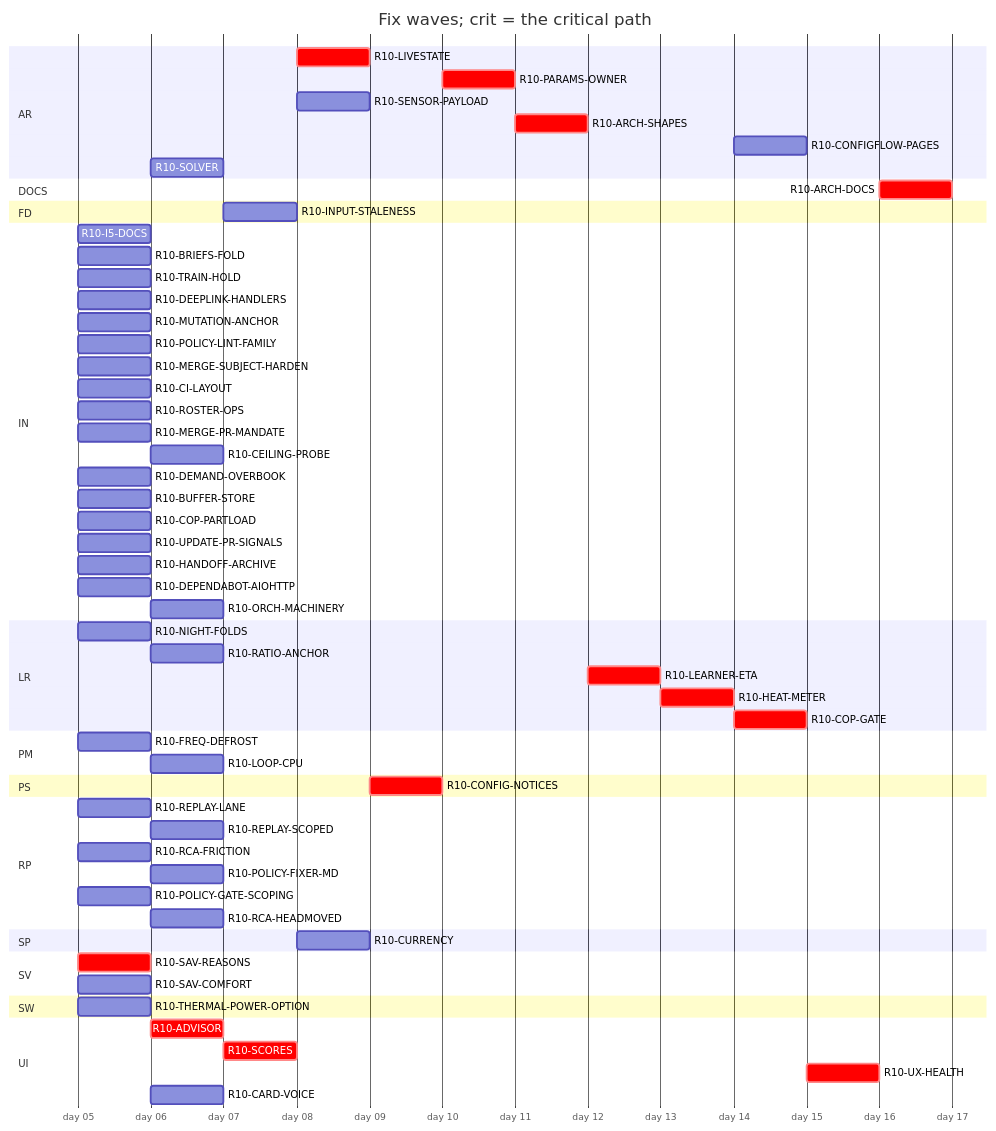
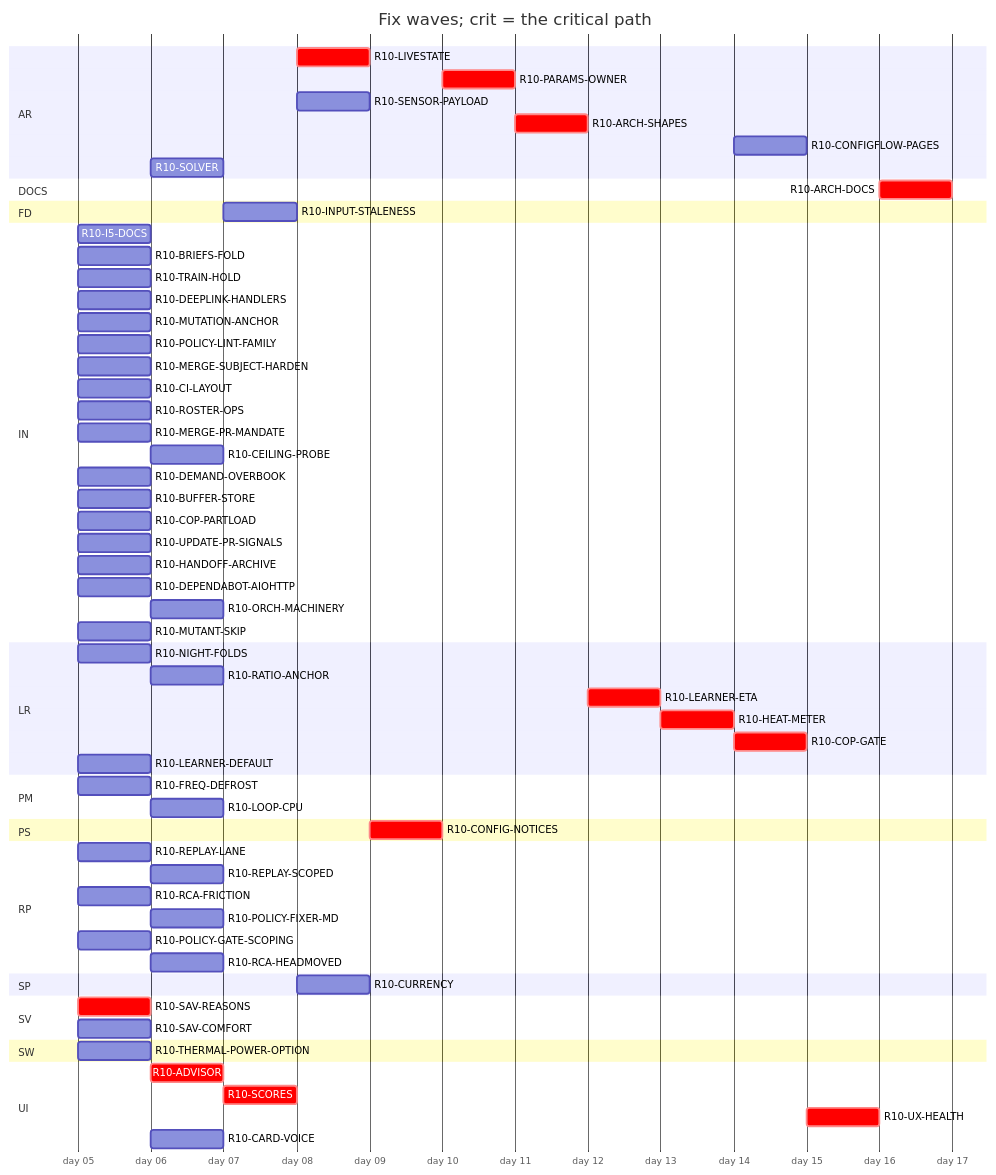
Before and after one commit to tvofi/heatpump_optimizer: the diagram in handoff/round10/state/PLAN-TABLE.md, drawn with Mermaid. The commit also changed other lines of this file and 2 other files, not shown here.

````diff
--- a/handoff/round10/state/PLAN-TABLE.md
+++ b/handoff/round10/state/PLAN-TABLE.md
@@ -25,66 +25,68 @@
 ```mermaid
 gantt
   title Fix waves; crit = the critical path
   dateFormat YYYY-MM-DD
   axisFormat day %d
   section AR
     R10-LIVESTATE :crit, r10LIVESTATE, after r10SCORES, 1d
     R10-PARAMS-OWNER :crit, r10PARAMSOWNER, after r10CONFIGNOTICES, 1d
     R10-SENSOR-PAYLOAD :r10SENSORPAYLOAD, after r10SCORES, 1d
     R10-ARCH-SHAPES :crit, r10ARCHSHAPES, after r10PARAMSOWNER r10SENSORPAYLOAD r10FREQDEFROST, 1d
     R10-CONFIGFLOW-PAGES :r10CONFIGFLOWPAGES, after r10HEATMETER, 1d
     R10-SOLVER :r10SOLVER, after r10SAVREASONS, 1d
   section DOCS
     R10-ARCH-DOCS :crit, r10ARCHDOCS, after r10NIGHTFOLDS r10RATIOANCHOR r10INPUTSTALENESS r10CURRENCY r10FREQDEFROST r10LOOPCPU r10SAVREASONS r10ADVISOR r10SCORES r10LIVESTATE r10CONFIGNOTICES r10PARAMSOWNER r10SENSORPAYLOAD r10ARCHSHAPES r10LEARNERETA r10HEATMETER r10COPGATE r10UXHEALTH r10CONFIGFLOWPAGES r10SOLVER r10I5DOCS r10BRIEFSFOLD r10REPLAYLANE r10REPLAYSCOPED r10TRAINHOLD r10DEEPLINKHANDLERS, 1d
   section FD
     R10-INPUT-STALENESS :r10INPUTSTALENESS, after r10RATIOANCHOR, 1d
   section IN
     R10-I5-DOCS :r10I5DOCS, 2026-01-05, 1d
     R10-BRIEFS-FOLD :r10BRIEFSFOLD, 2026-01-05, 1d
     R10-TRAIN-HOLD :r10TRAINHOLD, 2026-01-05, 1d
     R10-DEEPLINK-HANDLERS :r10DEEPLINKHANDLERS, 2026-01-05, 1d
     R10-MUTATION-ANCHOR :r10MUTATIONANCHOR, 2026-01-05, 1d
     R10-POLICY-LINT-FAMILY :r10POLICYLINTFAMILY, 2026-01-05, 1d
     R10-MERGE-SUBJECT-HARDEN :r10MERGESUBJECTHARDEN, 2026-01-05, 1d
     R10-CI-LAYOUT :r10CILAYOUT, 2026-01-05, 1d
     R10-ROSTER-OPS :r10ROSTEROPS, 2026-01-05, 1d
     R10-MERGE-PR-MANDATE :r10MERGEPRMANDATE, 2026-01-05, 1d
     R10-CEILING-PROBE :r10CEILINGPROBE, after r10CILAYOUT r10NIGHTFOLDS, 1d
     R10-DEMAND-OVERBOOK :r10DEMANDOVERBOOK, 2026-01-05, 1d
     R10-BUFFER-STORE :r10BUFFERSTORE, 2026-01-05, 1d
     R10-COP-PARTLOAD :r10COPPARTLOAD, 2026-01-05, 1d
     R10-UPDATE-PR-SIGNALS :r10UPDATEPRSIGNALS, 2026-01-05, 1d
     R10-HANDOFF-ARCHIVE :r10HANDOFFARCHIVE, 2026-01-05, 1d
     R10-DEPENDABOT-AIOHTTP :r10DEPENDABOTAIOHTTP, 2026-01-05, 1d
     R10-ORCH-MACHINERY :r10ORCHMACHINERY, after r10ROSTEROPS r10CILAYOUT, 1d
+    R10-MUTANT-SKIP :r10MUTANTSKIP, 2026-01-05, 1d
   section LR
     R10-NIGHT-FOLDS :r10NIGHTFOLDS, 2026-01-05, 1d
     R10-RATIO-ANCHOR :r10RATIOANCHOR, after r10NIGHTFOLDS, 1d
     R10-LEARNER-ETA :crit, r10LEARNERETA, after r10ARCHSHAPES, 1d
     R10-HEAT-METER :crit, r10HEATMETER, after r10LEARNERETA r10INPUTSTALENESS r10RATIOANCHOR, 1d
     R10-COP-GATE :crit, r10COPGATE, after r10HEATMETER r10SENSORPAYLOAD, 1d
+    R10-LEARNER-DEFAULT :r10LEARNERDEFAULT, 2026-01-05, 1d
   section PM
     R10-FREQ-DEFROST :r10FREQDEFROST, 2026-01-05, 1d
     R10-LOOP-CPU :r10LOOPCPU, after r10FREQDEFROST, 1d
   section PS
     R10-CONFIG-NOTICES :crit, r10CONFIGNOTICES, after r10LIVESTATE, 1d
   section RP
     R10-REPLAY-LANE :r10REPLAYLANE, 2026-01-05, 1d
     R10-REPLAY-SCOPED :r10REPLAYSCOPED, after r10REPLAYLANE r10TRAINHOLD, 1d
     R10-RCA-FRICTION :r10RCAFRICTION, 2026-01-05, 1d
     R10-POLICY-FIXER-MD :r10POLICYFIXERMD, after r10RCAFRICTION r10BRIEFSFOLD, 1d
     R10-POLICY-GATE-SCOPING :r10POLICYGATESCOPING, 2026-01-05, 1d
     R10-RCA-HEADMOVED :r10RCAHEADMOVED, after r10RCAFRICTION, 1d
   section SP
     R10-CURRENCY :r10CURRENCY, after r10INPUTSTALENESS, 1d
   section SV
     R10-SAV-REASONS :crit, r10SAVREASONS, 2026-01-05, 1d
     R10-SAV-COMFORT :r10SAVCOMFORT, 2026-01-05, 1d
   section SW
     R10-THERMAL-POWER-OPTION :r10THERMALPOWEROPTION, 2026-01-05, 1d
   section UI
     R10-ADVISOR :crit, r10ADVISOR, after r10SAVREASONS, 1d
     R10-SCORES :crit, r10SCORES, after r10ADVISOR, 1d
     R10-UX-HEALTH :crit, r10UXHEALTH, after r10SCORES r10COPGATE r10HEATMETER, 1d
     R10-CARD-VOICE :r10CARDVOICE, after r10DEEPLINKHANDLERS, 1d
 ```
````
